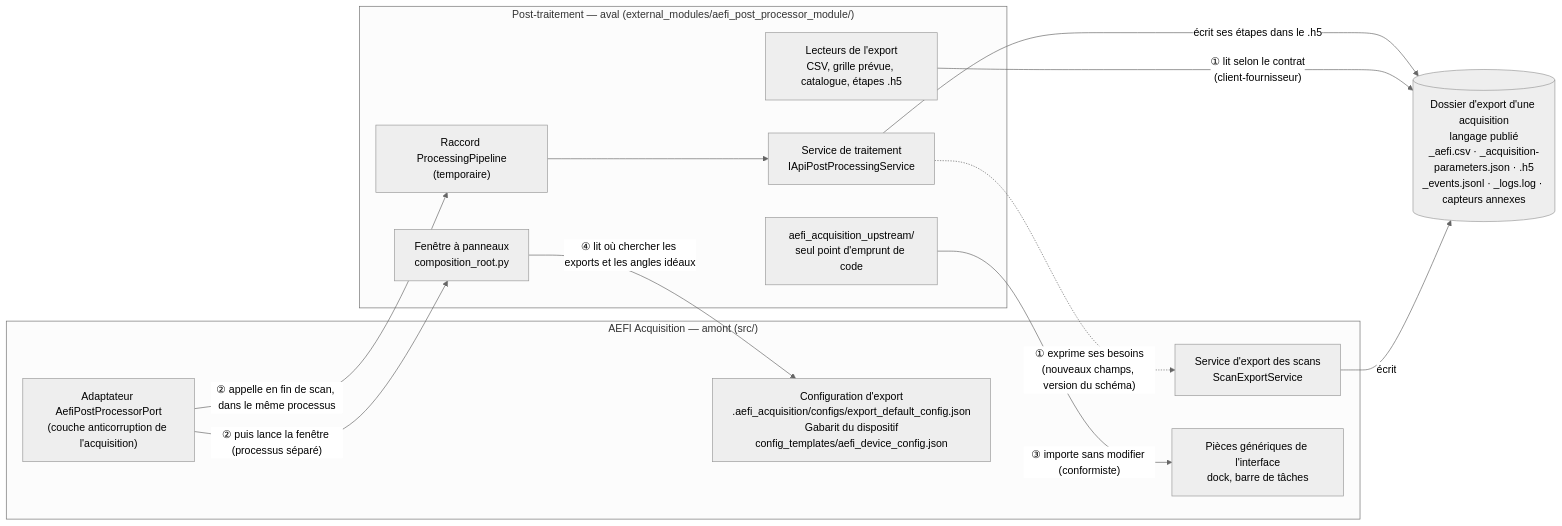
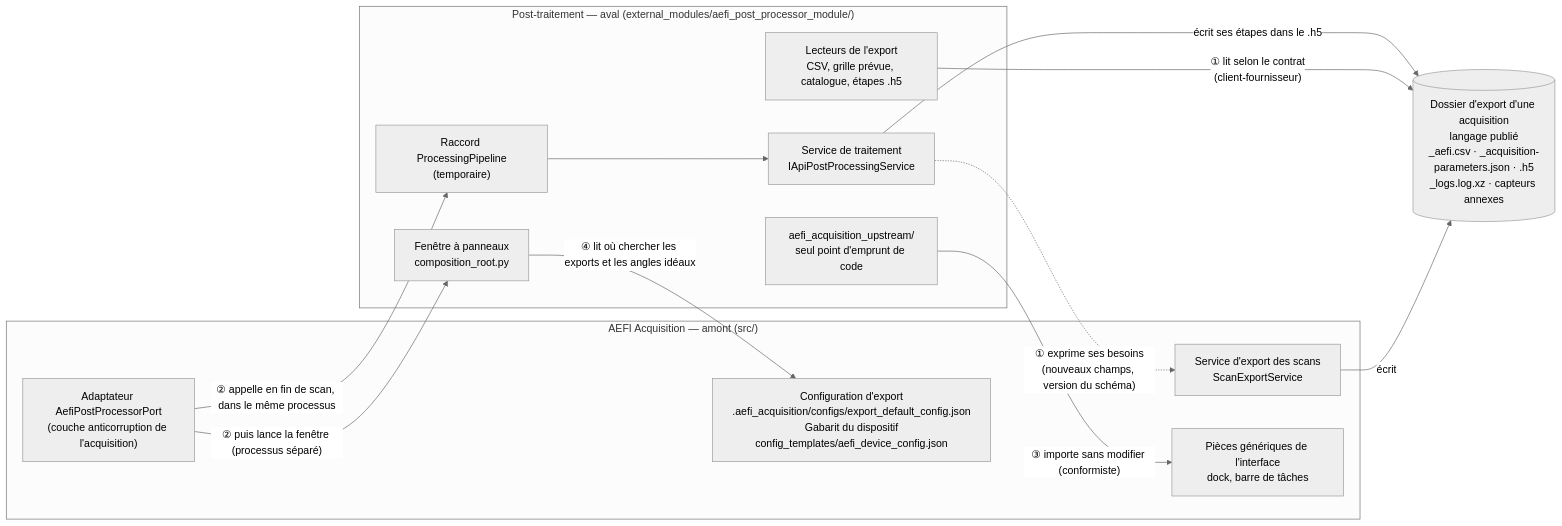
Before and after one commit to Luciosmic/AEFI_Acquisition: the first of 4 diagrams in _system/documentation/context-map-acquisition-post-traitement.md, drawn with Mermaid (neutral theme). The commit also changed other lines of this file and 21 other files, not shown here.

````diff
--- a/_system/documentation/context-map-acquisition-post-traitement.md
+++ b/_system/documentation/context-map-acquisition-post-traitement.md
@@ -14,26 +14,26 @@
 ```mermaid
 flowchart LR
     subgraph ACQ["AEFI Acquisition — amont (src/)"]
         SES["Service d'export des scans<br/>ScanExportService"]
         ACL["Adaptateur AefiPostProcessorPort<br/>(couche anticorruption de l'acquisition)"]
         UIK["Pièces génériques de l'interface<br/>dock, barre de tâches"]
         CFG["Configuration d'export<br/>.aefi_acquisition/configs/export_default_config.json<br/>Gabarit du dispositif<br/>config_templates/aefi_device_config.json"]
     end
-    EXP[("Dossier d'export d'une acquisition<br/>langage publié<br/>_aefi.csv · _acquisition-parameters.json · .h5<br/>_events.jsonl · _logs.log · capteurs annexes")]
+    EXP[("Dossier d'export d'une acquisition<br/>langage publié<br/>_aefi.csv · _acquisition-parameters.json · .h5<br/>_logs.log.xz · capteurs annexes")]
     subgraph PP["Post-traitement — aval (external_modules/aefi_post_processor_module/)"]
         RAC["Raccord ProcessingPipeline<br/>(temporaire)"]
         PPS["Service de traitement<br/>IApiPostProcessingService"]
         RD["Lecteurs de l'export<br/>CSV, grille prévue, catalogue, étapes .h5"]
         UP["aefi_acquisition_upstream/<br/>seul point d'emprunt de code"]
         WIN["Fenêtre à panneaux<br/>composition_root.py"]
     end
     SES -- "écrit" --> EXP
     RD -- "① lit selon le contrat<br/>(client-fournisseur)" --> EXP
     PPS -. "① exprime ses besoins<br/>(nouveaux champs, version du schéma)" .-> SES
     PPS -- "écrit ses étapes dans le .h5" --> EXP
     ACL -- "② appelle en fin de scan, dans le même processus" --> RAC
     RAC --> PPS
     ACL -- "② puis lance la fenêtre (processus séparé)" --> WIN
     UP -- "③ importe sans modifier (conformiste)" --> UIK
     WIN -- "④ lit où chercher les exports et les angles idéaux" --> CFG
 ```
````
